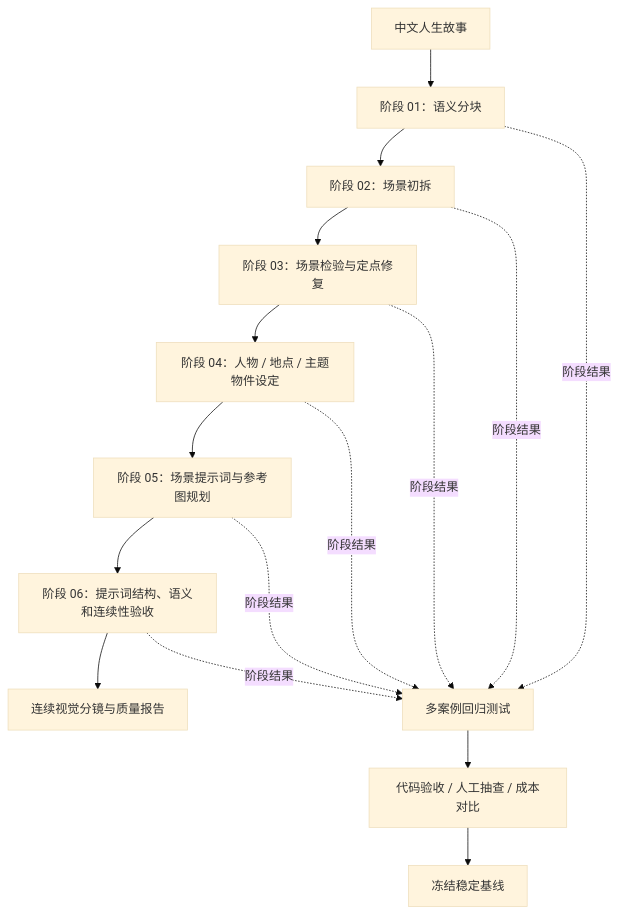
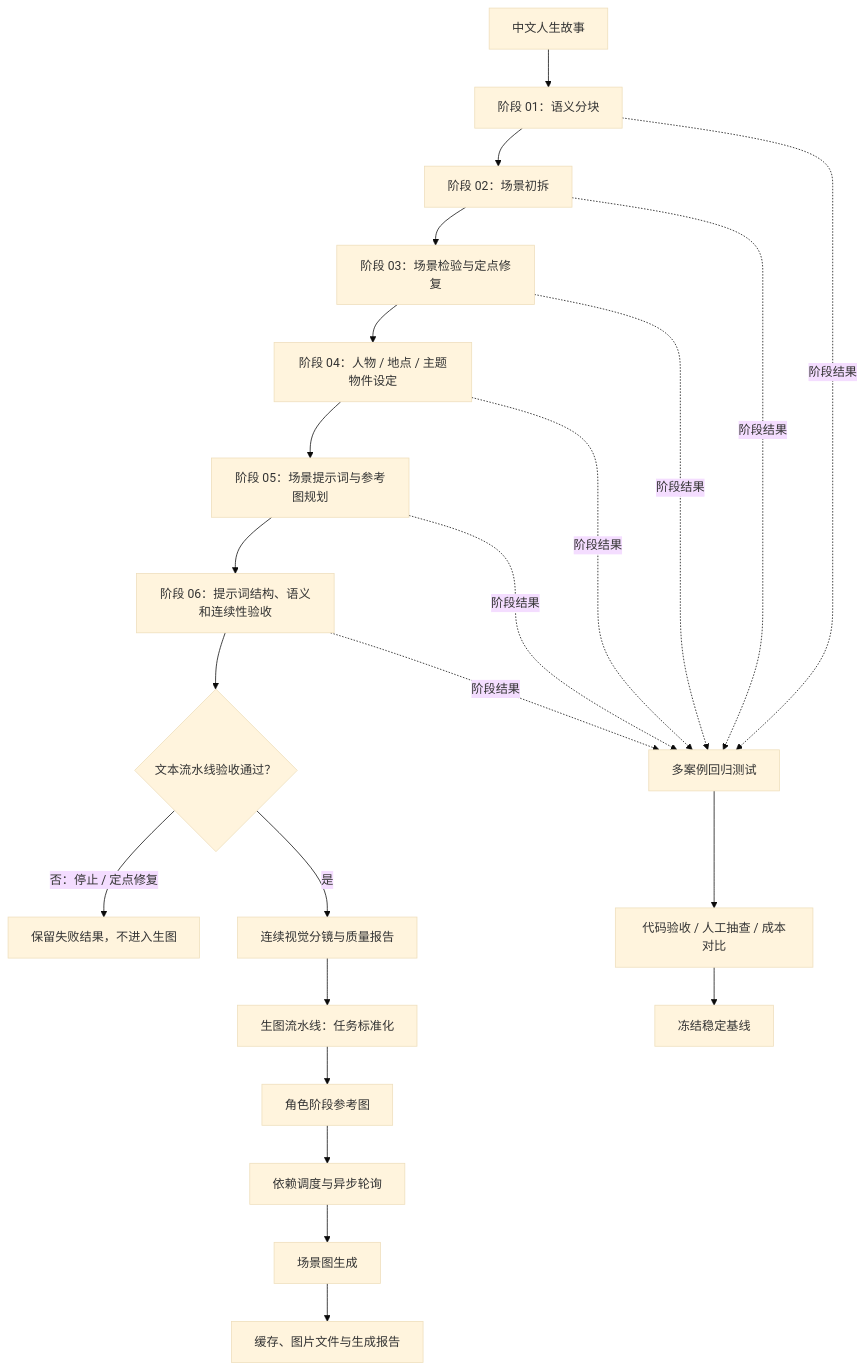
One commit to mayikanga/ai-narrative-pipeline-portfolio changed the diagram in README.md. Above: the diagram before and after it, drawn with Mermaid (base theme). The commit also changed other lines of this file, not shown here.

Commit message:
将生图流水线接入验收分支

````diff
--- a/README.md
+++ b/README.md
@@ -66,19 +66,26 @@
 ```mermaid
 flowchart TB
     A["中文人生故事"] --> B["阶段 01：语义分块"]
     B --> C["阶段 02：场景初拆"]
     C --> D["阶段 03：场景检验与定点修复"]
     D --> E["阶段 04：人物 / 地点 / 主题物件设定"]
     E --> F["阶段 05：场景提示词与参考图规划"]
     F --> G["阶段 06：提示词结构、语义和连续性验收"]
-    G --> H["连续视觉分镜与质量报告"]
+    G --> Q{"文本流水线验收通过？"}
+    Q -->|"否：停止 / 定点修复"| X["保留失败结果，不进入生图"]
+    Q -->|"是"| H["连续视觉分镜与质量报告"]
+    H --> I["生图流水线：任务标准化"]
+    I --> J["角色阶段参考图"]
+    J --> K["依赖调度与异步轮询"]
+    K --> L["场景图生成"]
+    L --> M["缓存、图片文件与生成报告"]
 
     B -.阶段结果.-> R["多案例回归测试"]
     C -.阶段结果.-> R
     D -.阶段结果.-> R
     E -.阶段结果.-> R
     F -.阶段结果.-> R
     G -.阶段结果.-> R
     R --> S["代码验收 / 人工抽查 / 成本对比"]
     S --> T["冻结稳定基线"]
 ```
````
